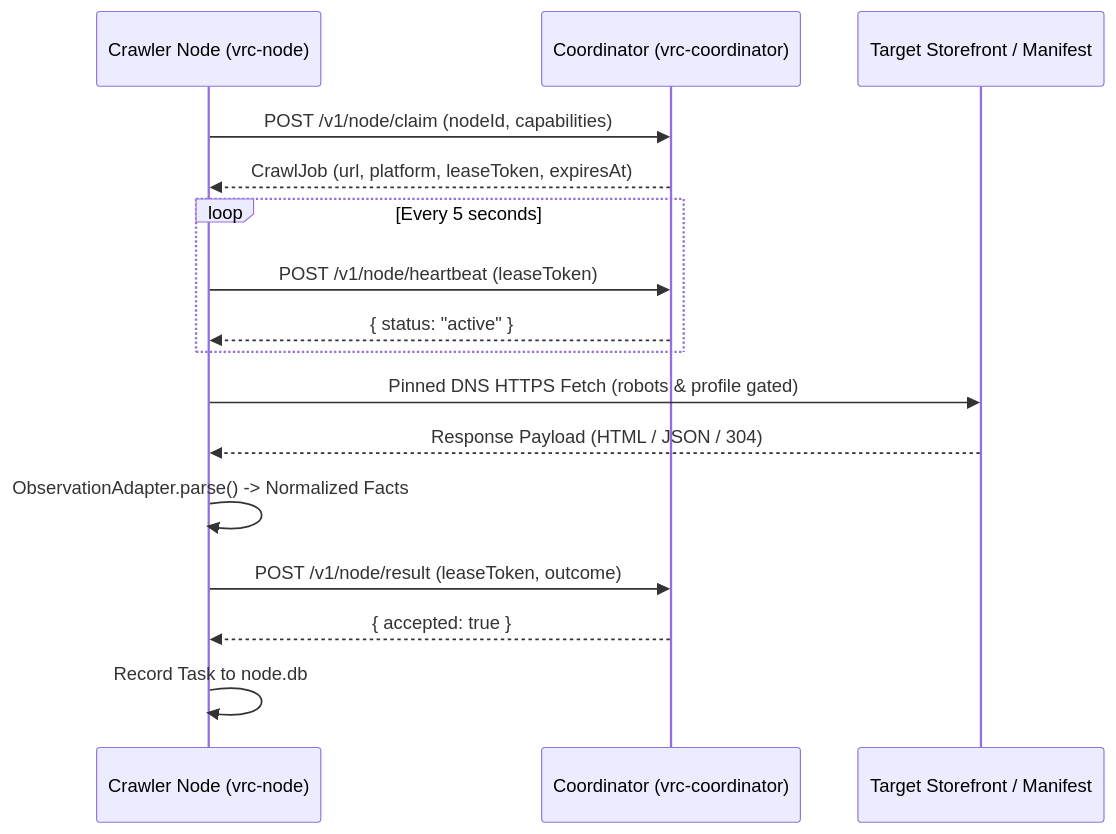
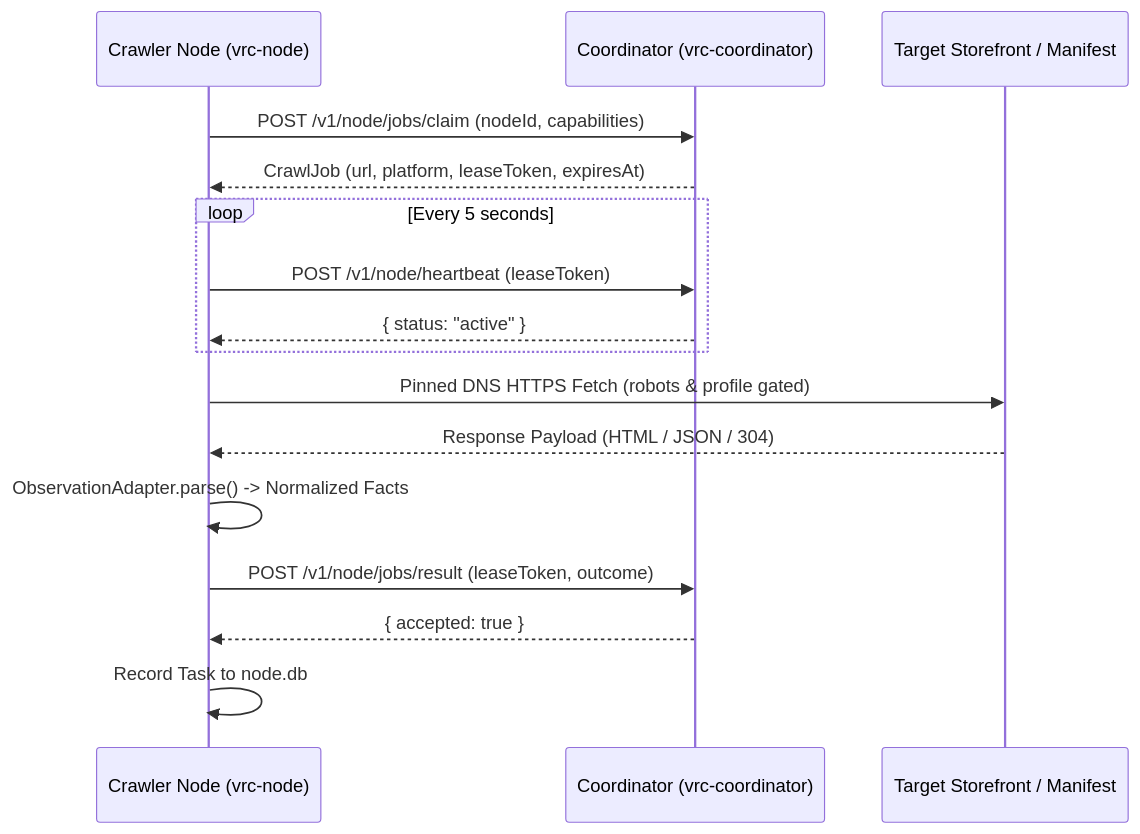
The diagram in docs/source/SPECIFICATION_CRAWLER_CLIENT.md (SlamTheDragon/vrc-package-crawler), drawn with Mermaid before and after one commit. The commit also changed other lines of this file and 136 other files, not shown here.

````diff
--- a/docs/source/SPECIFICATION_CRAWLER_CLIENT.md
+++ b/docs/source/SPECIFICATION_CRAWLER_CLIENT.md
@@ -19,19 +19,19 @@
 ```mermaid
 sequenceDiagram
     participant Node as Crawler Node (vrc-node)
     participant Coord as Coordinator (vrc-coordinator)
     participant Origin as Target Storefront / Manifest
 
-    Node->>Coord: POST /v1/node/claim (nodeId, capabilities)
+    Node->>Coord: POST /v1/node/jobs/claim (nodeId, capabilities)
     Coord-->>Node: CrawlJob (url, platform, leaseToken, expiresAt)
     loop Every 5 seconds
         Node->>Coord: POST /v1/node/heartbeat (leaseToken)
         Coord-->>Node: { status: "active" }
     end
     Node->>Origin: Pinned DNS HTTPS Fetch (robots & profile gated)
     Origin-->>Node: Response Payload (HTML / JSON / 304)
     Node->>Node: ObservationAdapter.parse() -> Normalized Facts
-    Node->>Coord: POST /v1/node/result (leaseToken, outcome)
+    Node->>Coord: POST /v1/node/jobs/result (leaseToken, outcome)
     Coord-->>Node: { accepted: true }
     Node->>Node: Record Task to node.db
 ```
````
